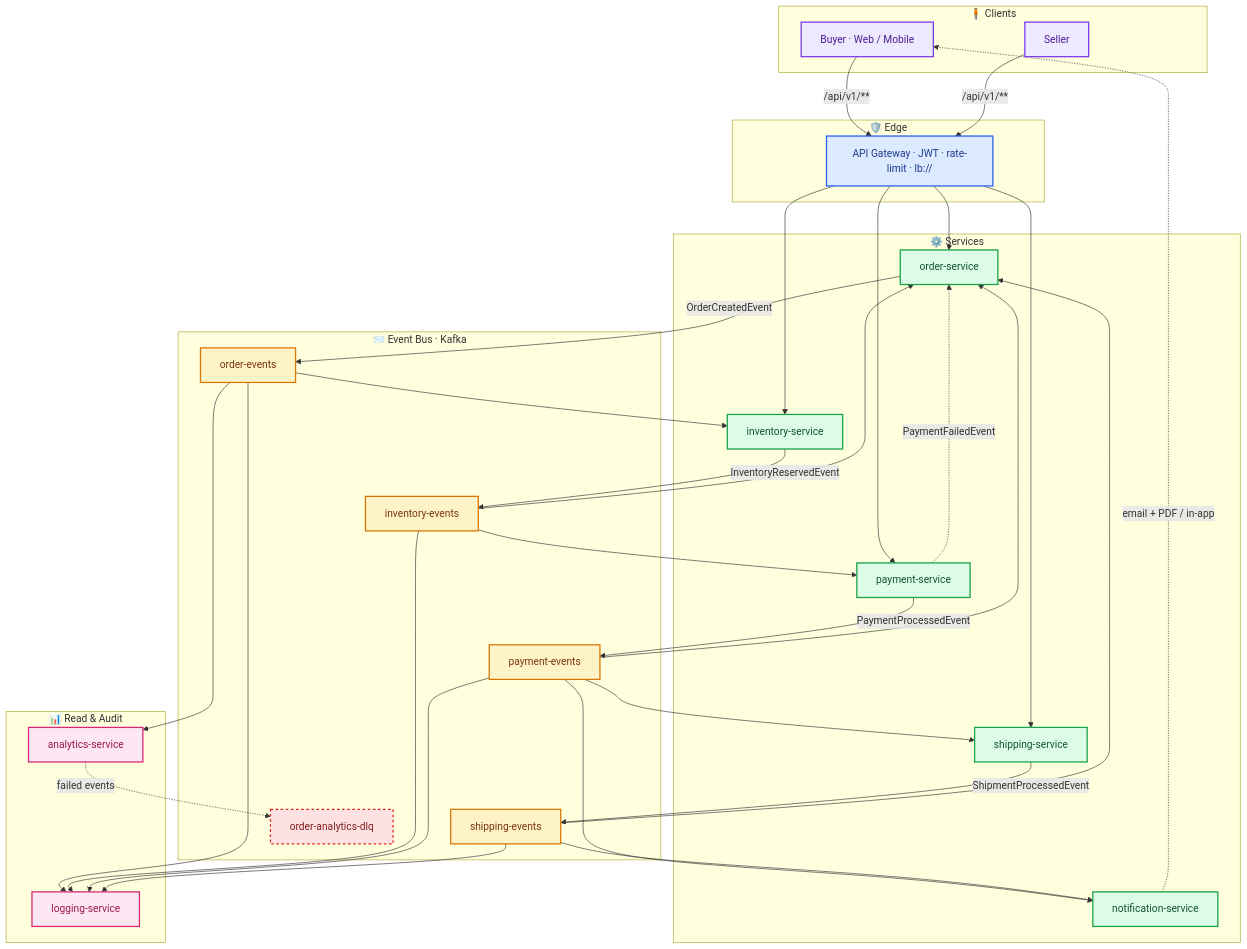
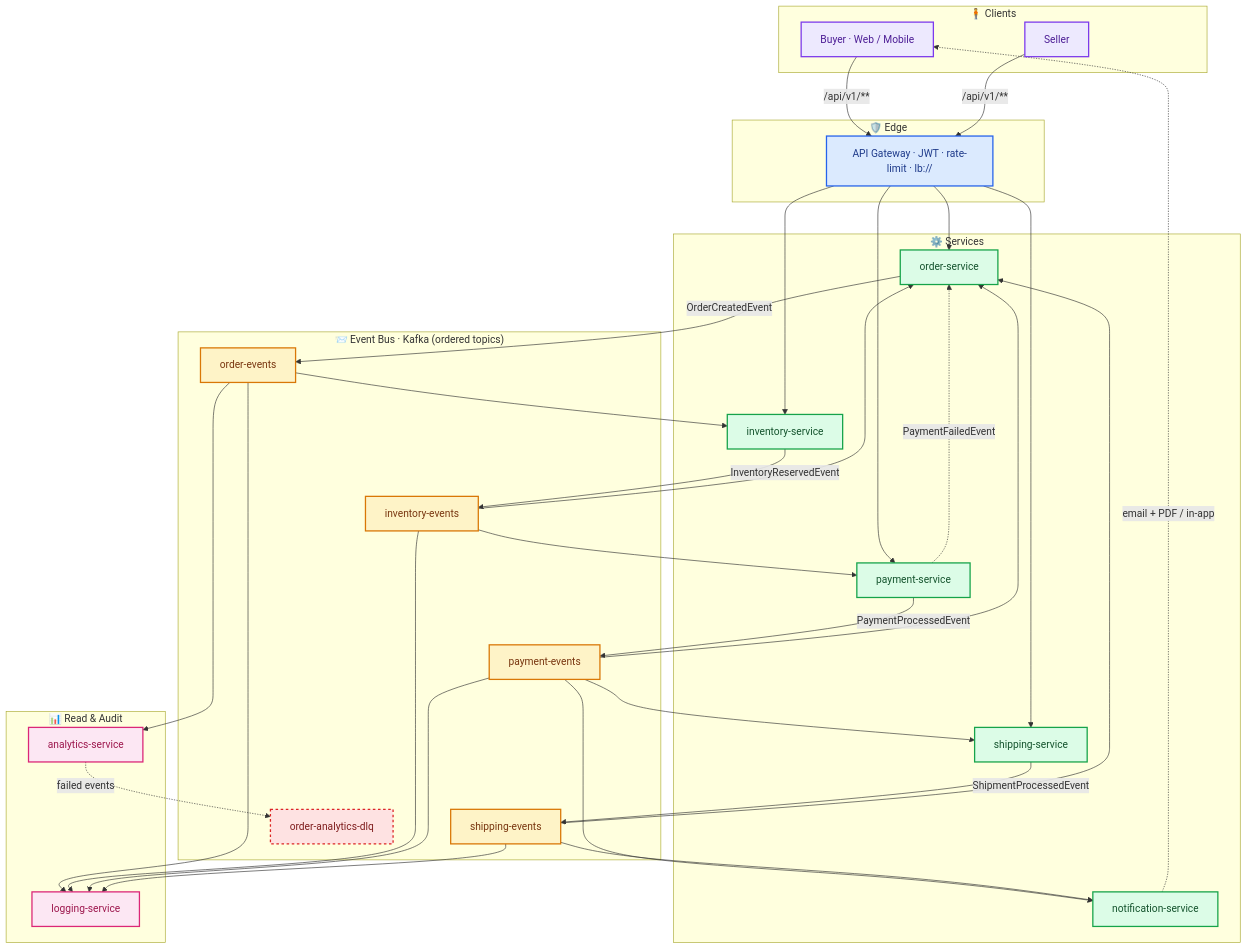
The second of 3 diagrams in README.md (zexxitywave/EventDrivenMesh), drawn with Mermaid before and after one commit.

Commit message:
docs(readme): mark Event Bus topics as ordered in diagram

````diff
--- a/README.md
+++ b/README.md
@@ -209,67 +209,67 @@
 ```mermaid
 flowchart TB
 
     subgraph CLIENTS["🧍 Clients"]
         BUYER["Buyer · Web / Mobile"]
         SELLER["Seller"]
     end
 
     subgraph EDGE["🛡️ Edge"]
         GW["API Gateway · JWT · rate-limit · lb://"]
     end
 
     subgraph SVC["⚙️ Services"]
         ORD["order-service"]
         INV["inventory-service"]
         PAY["payment-service"]
         SHP["shipping-service"]
         NOT["notification-service"]
     end
 
-    subgraph BUS["📨 Event Bus · Kafka"]
+    subgraph BUS["📨 Event Bus · Kafka (ordered topics)"]
         OE["order-events"]
         IE["inventory-events"]
         PE["payment-events"]
         SE["shipping-events"]
         DLQ["order-analytics-dlq"]
     end
 
     subgraph OBS["📊 Read & Audit"]
         ANS["analytics-service"]
         LGS["logging-service"]
     end
 
     BUYER -- /api/v1/** --> GW
     SELLER -- /api/v1/** --> GW
     GW --> ORD & INV & PAY & SHP
 
     ORD -- OrderCreatedEvent --> OE
     OE --> INV & ANS & LGS
 
     INV -- InventoryReservedEvent --> IE
     IE --> ORD & PAY & LGS
 
     PAY -- PaymentProcessedEvent --> PE
     PE --> ORD & SHP & NOT & LGS
 
     SHP -- ShipmentProcessedEvent --> SE
     SE --> ORD & NOT & LGS
 
     PAY -. PaymentFailedEvent .-> ORD
     NOT -. email + PDF / in-app .-> BUYER
     ANS -. failed events .-> DLQ
 
     classDef client fill:#ede9fe,stroke:#7c3aed,color:#4c1d95,stroke-width:2px;
     classDef edge  fill:#dbeafe,stroke:#2563eb,color:#1e3a8a,stroke-width:2px;
     classDef svc   fill:#dcfce7,stroke:#16a34a,color:#14532d,stroke-width:2px;
     classDef bus   fill:#fef3c7,stroke:#d97706,color:#78350f,stroke-width:2px;
     classDef obs   fill:#fce7f3,stroke:#db2777,color:#9d174d,stroke-width:2px;
     classDef dlq   fill:#fee2e2,stroke:#dc2626,color:#7f1d1d,stroke-width:2px,stroke-dasharray:4;
 
     class BUYER,SELLER client;
     class GW edge;
     class ORD,INV,PAY,SHP,NOT svc;
     class OE,IE,PE,SE bus;
     class ANS,LGS obs;
     class DLQ dlq;
 ```
````
